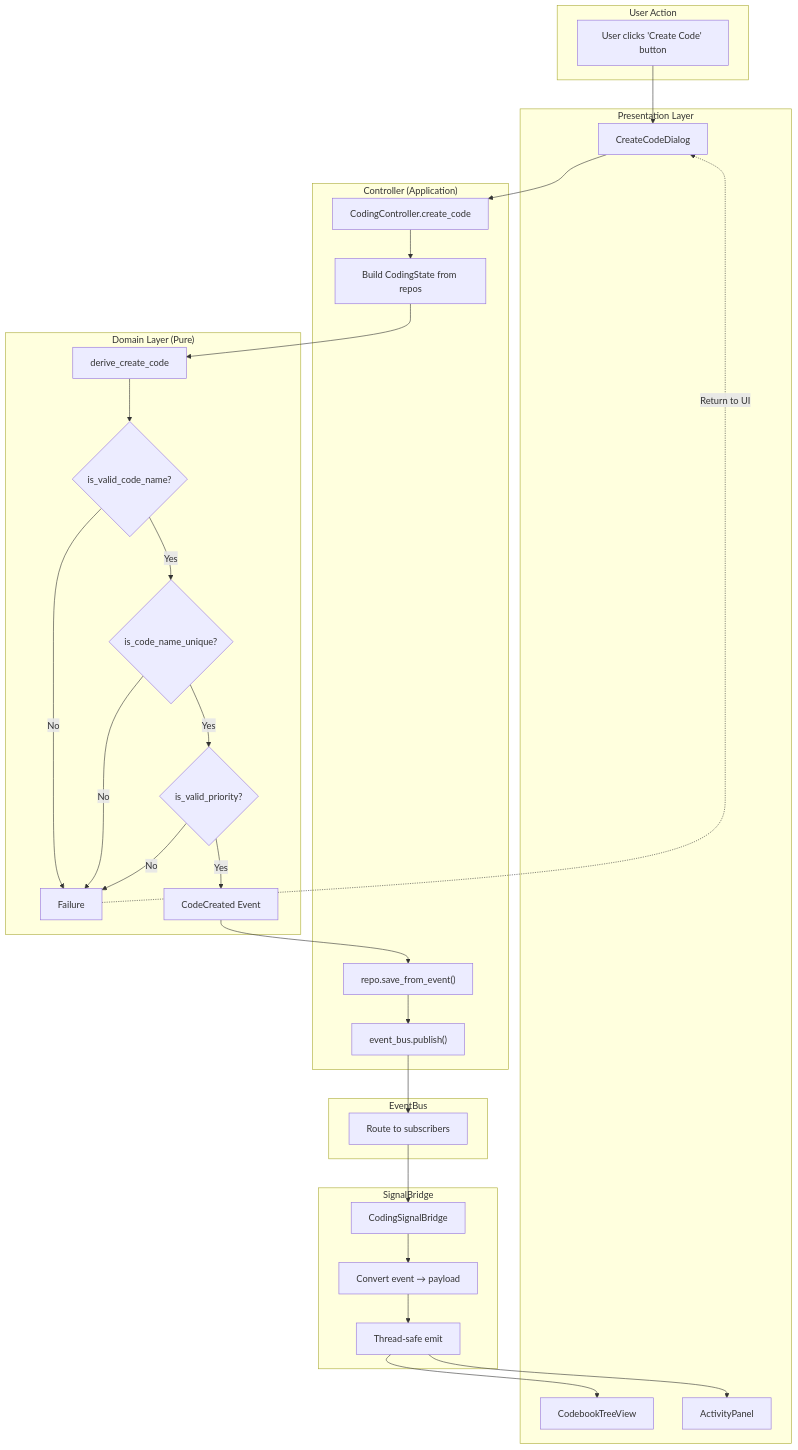
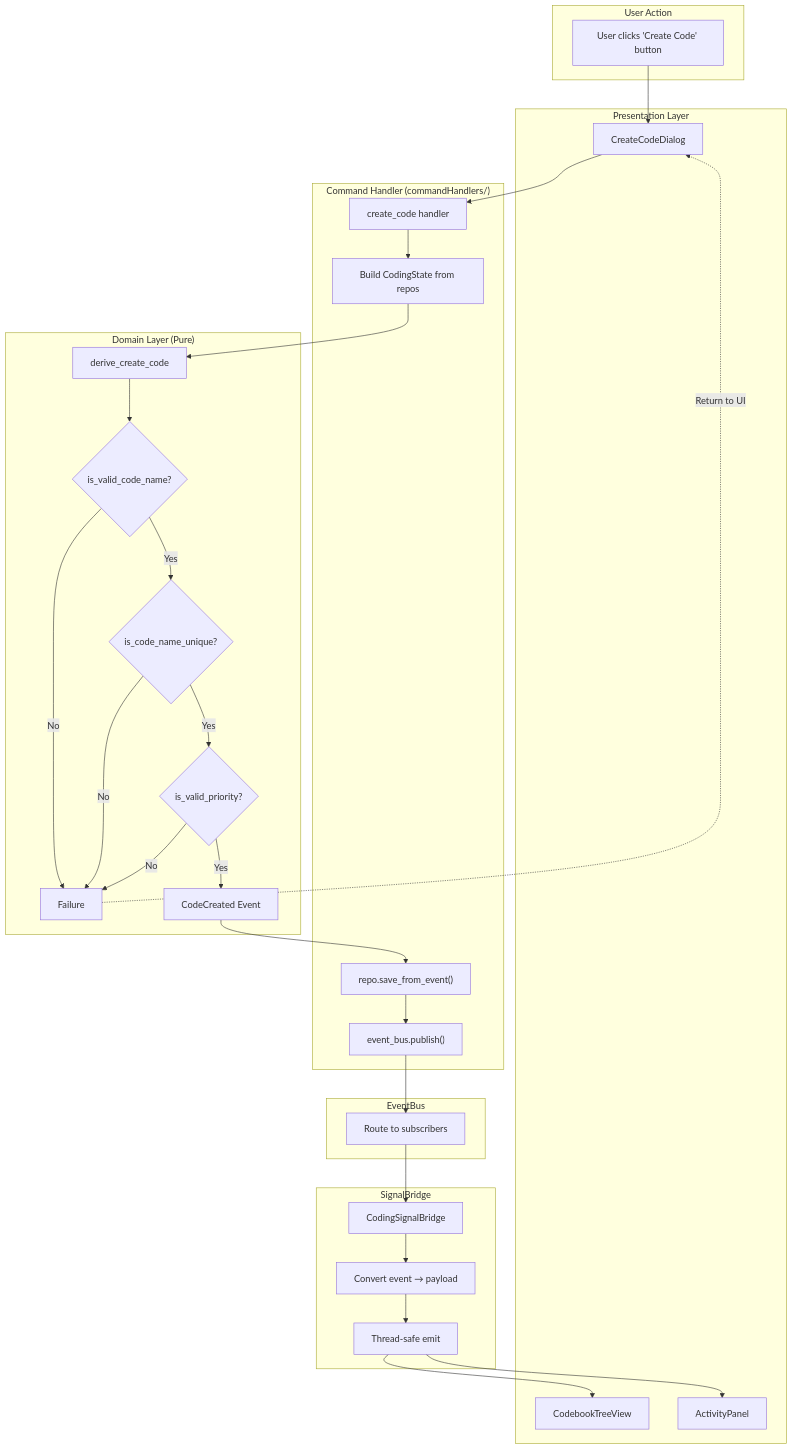
One commit to scope-impact/QualCoder-v2 changed the first of 4 diagrams in docs/tutorials/07-complete-flow.md. Above: the diagram before and after it, drawn with Mermaid. The commit also changed other lines of this file and 8 other files, not shown here.

First line of the commit message:
docs(tutorials): align onboarding with actual project architecture

````diff
--- a/docs/tutorials/07-complete-flow.md
+++ b/docs/tutorials/07-complete-flow.md
@@ -7,62 +7,62 @@
 ```mermaid
 flowchart TB
     subgraph User ["User Action"]
         UA[User clicks 'Create Code' button]
     end
 
     subgraph Presentation ["Presentation Layer"]
         Dialog[CreateCodeDialog]
         TreeView[CodebookTreeView]
         ActivityPanel[ActivityPanel]
     end
 
-    subgraph Controller ["Controller (Application)"]
-        Ctrl[CodingController.create_code]
+    subgraph Handler ["Command Handler (commandHandlers/)"]
+        CH[create_code handler]
         BuildState["Build CodingState from repos"]
         Persist["repo.save_from_event()"]
         Publish["event_bus.publish()"]
     end
 
     subgraph Domain ["Domain Layer (Pure)"]
         Deriver[derive_create_code]
         Inv1{is_valid_code_name?}
         Inv2{is_code_name_unique?}
         Inv3{is_valid_priority?}
         Event[CodeCreated Event]
         Fail[Failure]
     end
 
     subgraph EventBus ["EventBus"]
         EB[Route to subscribers]
     end
 
     subgraph SignalBridge ["SignalBridge"]
         SB[CodingSignalBridge]
         Convert[Convert event → payload]
         Emit[Thread-safe emit]
     end
 
     UA --> Dialog
-    Dialog --> Ctrl
-    Ctrl --> BuildState
+    Dialog --> CH
+    CH --> BuildState
     BuildState --> Deriver
 
     Deriver --> Inv1
     Inv1 -->|No| Fail
     Inv1 -->|Yes| Inv2
     Inv2 -->|No| Fail
     Inv2 -->|Yes| Inv3
     Inv3 -->|No| Fail
     Inv3 -->|Yes| Event
 
     Event --> Persist
     Persist --> Publish
     Publish --> EB
     EB --> SB
     SB --> Convert
     Convert --> Emit
     Emit --> TreeView
     Emit --> ActivityPanel
 
     Fail -.->|Return to UI| Dialog
 ```
````
